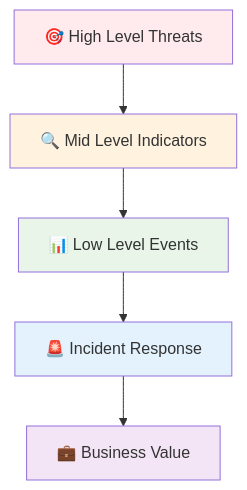
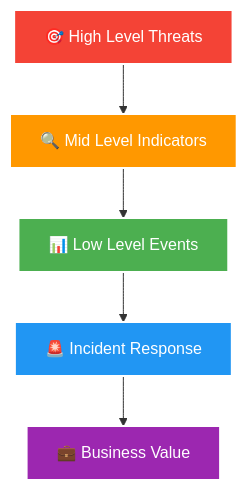
One commit to josamontiel/Detection-Engineering-Framework changed the third of 10 diagrams in DEF.md. Above: the diagram before and after it, drawn with Mermaid. The commit also changed other lines of this file, not shown here.

````diff
--- a/DEF.md
+++ b/DEF.md
@@ -193,13 +166,13 @@
 ```mermaid
 graph TD
     A[🎯 High Level Threats] --> B[🔍 Mid Level Indicators]
     B --> C[📊 Low Level Events]
     C --> D[🚨 Incident Response]
     D --> E[💼 Business Value]
     
-    style A fill:#ffebee
-    style B fill:#fff3e0
-    style C fill:#e8f5e8
-    style D fill:#e3f2fd
-    style E fill:#f3e5f5
+    style A fill:#F44336,stroke:#fff,stroke-width:2px,color:#fff
+    style B fill:#FF9800,stroke:#fff,stroke-width:2px,color:#fff
+    style C fill:#4CAF50,stroke:#fff,stroke-width:2px,color:#fff
+    style D fill:#2196F3,stroke:#fff,stroke-width:2px,color:#fff
+    style E fill:#9C27B0,stroke:#fff,stroke-width:2px,color:#fff
 ```
````
